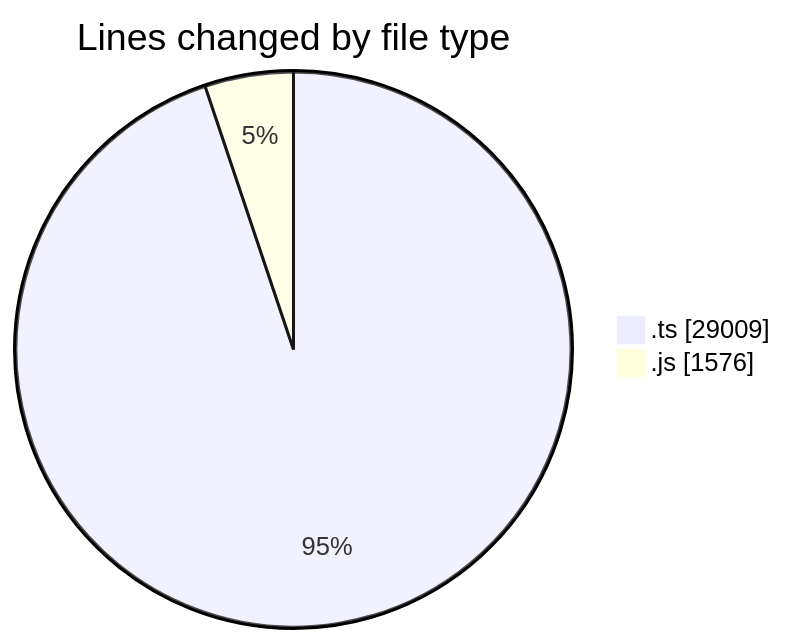
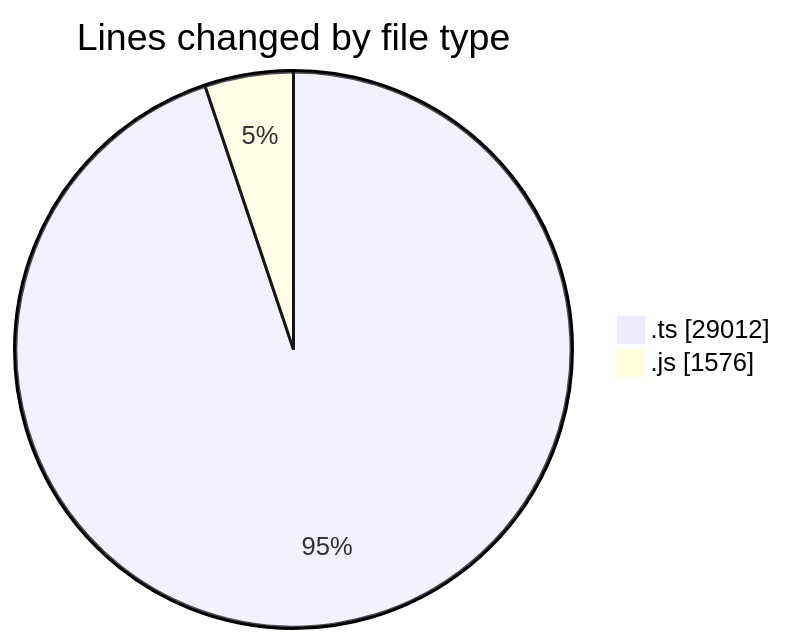
One commit to momahboobian/code-tracking changed the first of 2 diagrams in 2025-06-26/cda/README.md. Above: the diagram before and after it, drawn with Mermaid. The commit also changed other lines of this file and 1 other file, not shown here.

````diff
--- a/2025-06-26/cda/README.md
+++ b/2025-06-26/cda/README.md
@@ -30,6 +30,6 @@
 ```mermaid
 pie showData
 title Lines changed by file type
-".ts" : 29009
+".ts" : 29012
 ".js" : 1576
 ```
````
